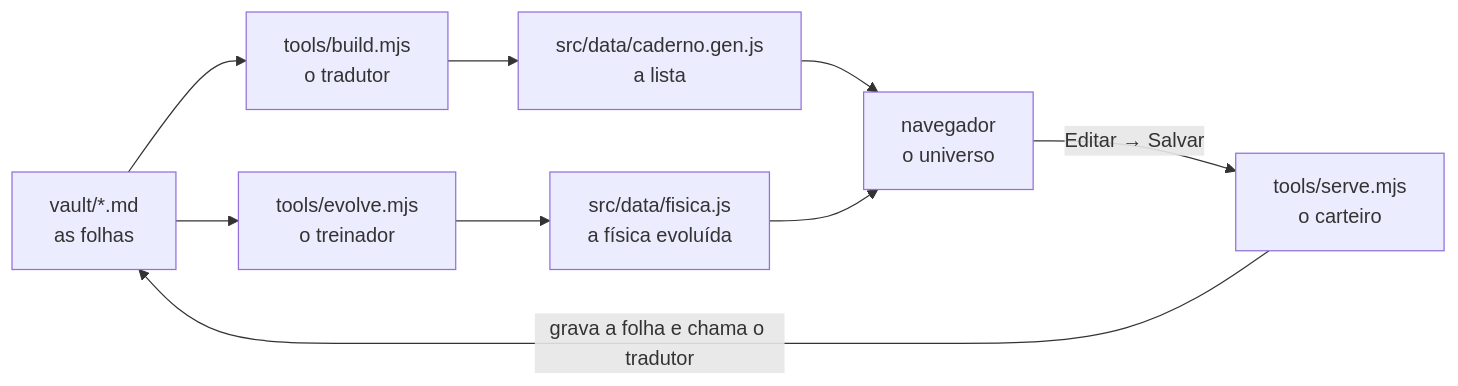
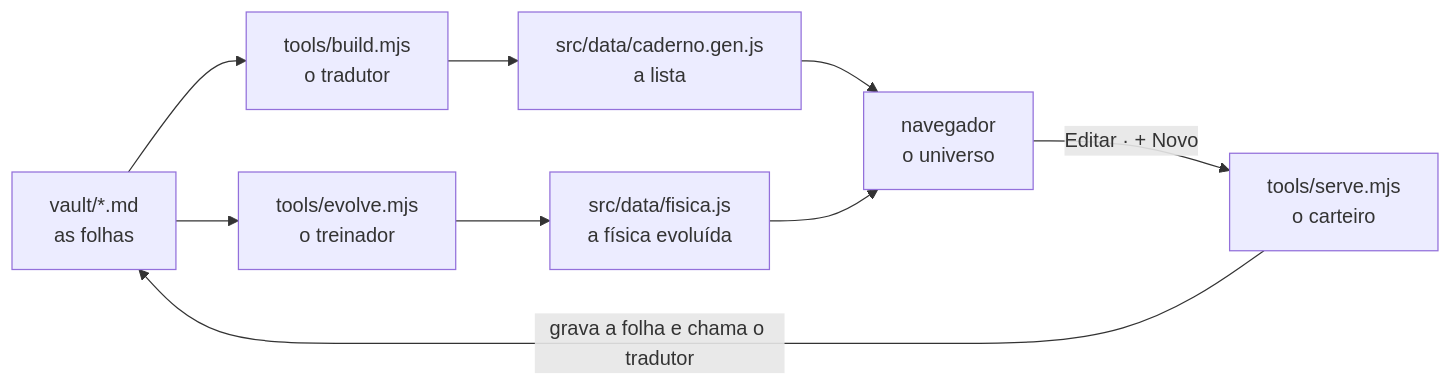
Before and after one commit to Lucas1Silva/caderno: the diagram in GUIA.md, drawn with Mermaid. The commit also changed other lines of this file and 13 other files, not shown here.

````diff
--- a/GUIA.md
+++ b/GUIA.md
@@ -48,11 +48,11 @@
 ```mermaid
 flowchart LR
   V["vault/*.md<br/>as folhas"] --> B["tools/build.mjs<br/>o tradutor"]
   B --> G["src/data/caderno.gen.js<br/>a lista"]
   G --> N["navegador<br/>o universo"]
   F["src/data/fisica.js<br/>a física evoluída"] --> N
-  N -- "Editar → Salvar" --> S["tools/serve.mjs<br/>o carteiro"]
+  N -- "Editar · + Novo" --> S["tools/serve.mjs<br/>o carteiro"]
   S -- "grava a folha e chama o tradutor" --> V
   V --> E["tools/evolve.mjs<br/>o treinador"]
   E --> F
 ```
````
